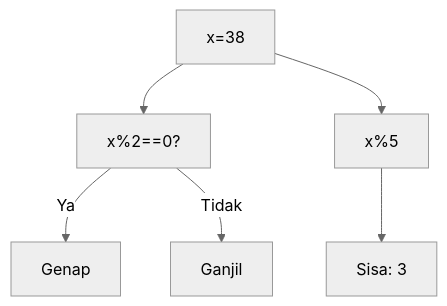
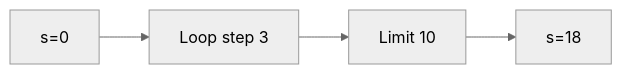
Diagram 15 of 25 in part-c-pemahaman-cpp/03-perulangan/latihan/set-03.md (amnahwaida/OSNK_INF_PREP), drawn with Mermaid (neutral theme) before and after one commit. The commit also changed other lines of this file and 71 other files, not shown here.

````diff
--- a/part-c-pemahaman-cpp/03-perulangan/latihan/set-03.md
+++ b/part-c-pemahaman-cpp/03-perulangan/latihan/set-03.md
@@ -504,8 +399,6 @@
 ```mermaid
-graph TD
-A["x=38"] --> B["x%2==0?"]
-B -- Ya --> C["Genap"]
-B -- Tidak --> D["Ganjil"]
-A --> E["x%5"]
-E --> F["Sisa: 3"]
+graph LR
+A["s=0"] --> B["Loop step 3"]
+B --> C["Limit 10"]
+C --> D["s=18"]
 ```
````
